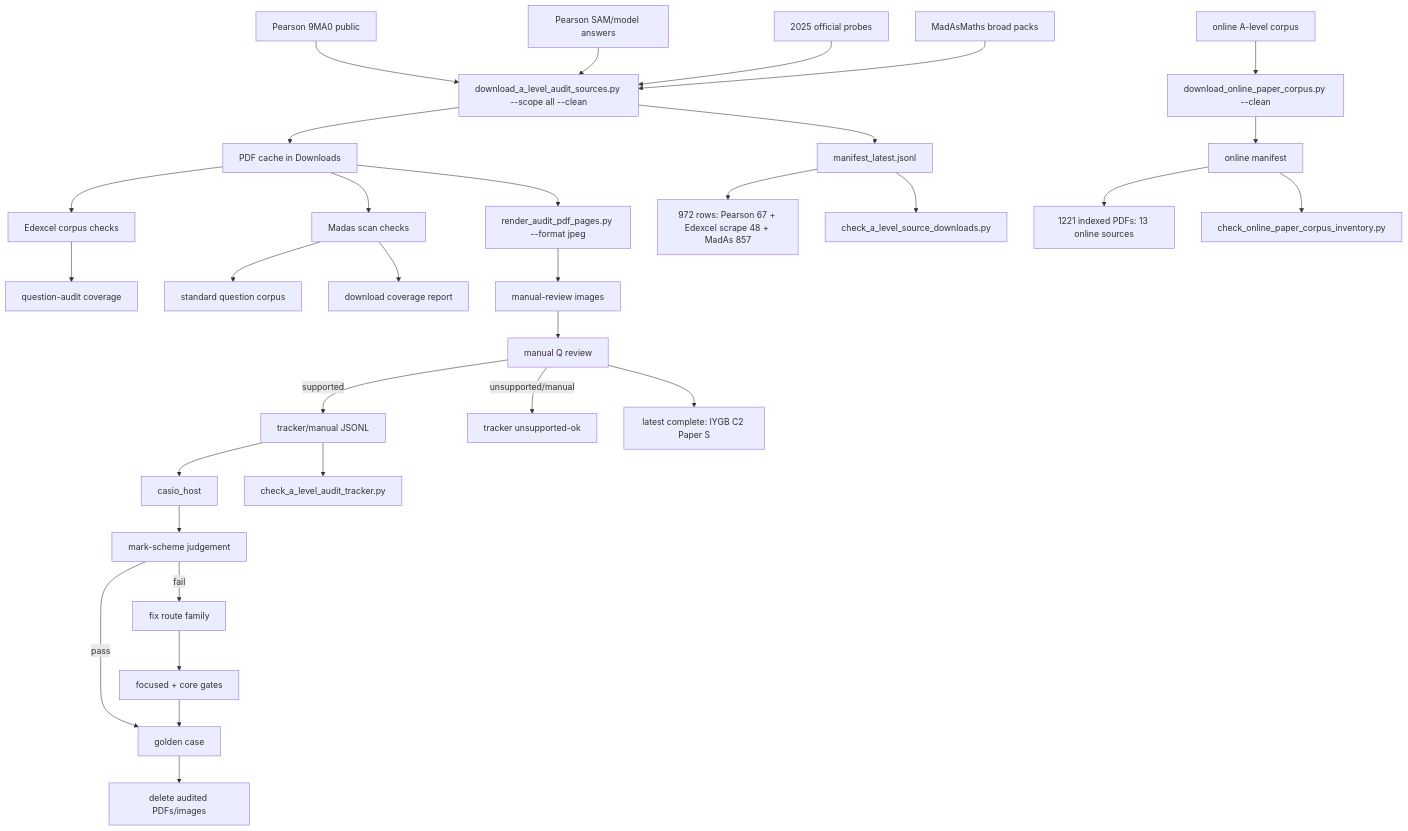
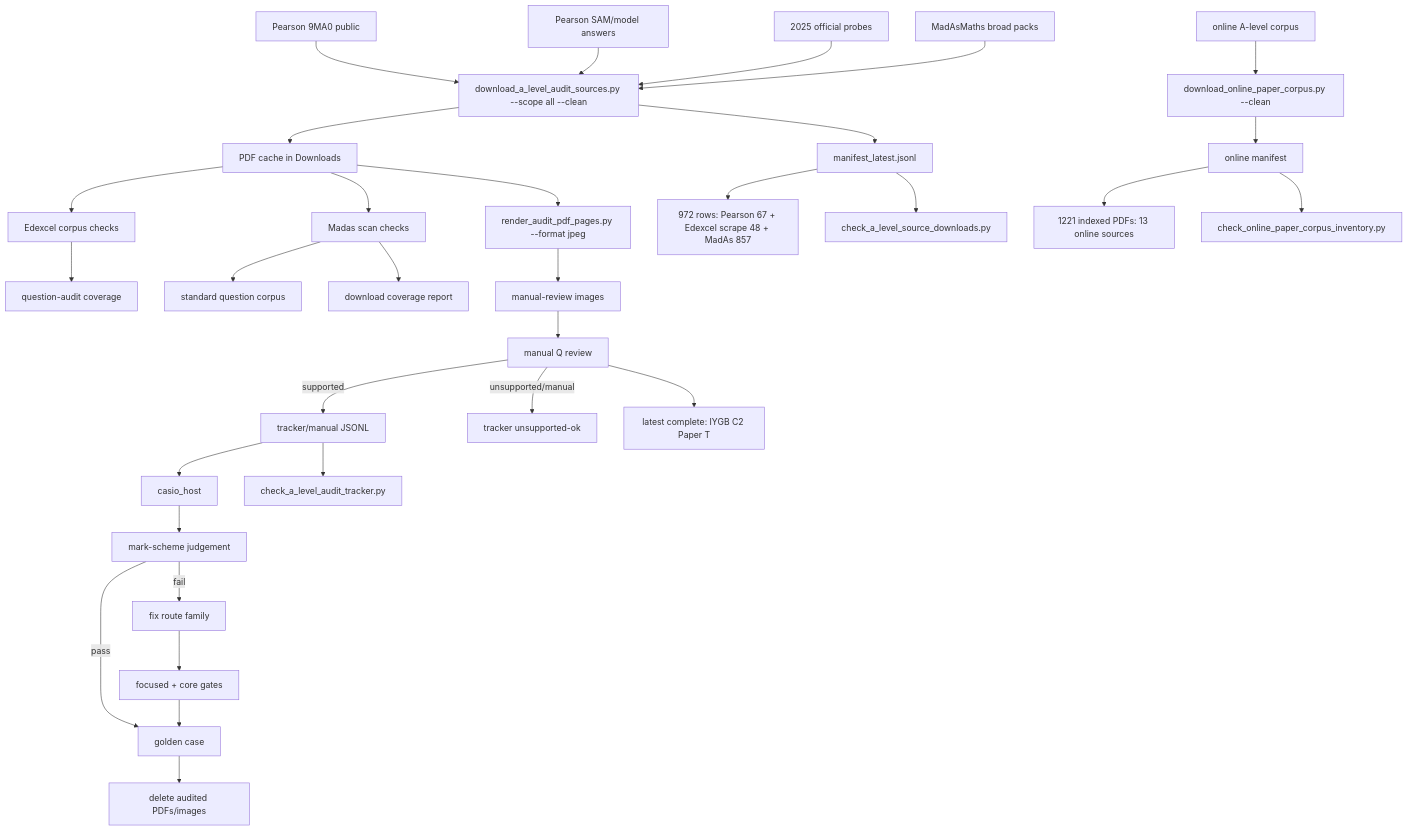
The diagram in c++/tools/golden/a_level_audit_graph.md (james8464/notes-addin-casio-fx-cg50), drawn with Mermaid before and after one commit. The commit also changed other lines of this file and 2 other files, not shown here.

Commit message:
Audit IYGB C2 Paper T

````diff
--- a/c++/tools/golden/a_level_audit_graph.md
+++ b/c++/tools/golden/a_level_audit_graph.md
@@ -3,34 +3,34 @@
 ```mermaid
 graph TD
   E1["Pearson 9MA0 public"] --> D["download_a_level_audit_sources.py --scope all --clean"]
   E2["Pearson SAM/model answers"] --> D
   E3["2025 official probes"] --> D
   M1["MadAsMaths broad packs"] --> D
   O1["online A-level corpus"] --> OD["download_online_paper_corpus.py --clean"]
   D --> P["PDF cache in Downloads"]
   D --> X["manifest_latest.jsonl"]
   OD --> OX["online manifest"]
   X --> XC["972 rows: Pearson 67 + Edexcel scrape 48 + MadAs 857"]
   OX --> OC["1221 indexed PDFs: 13 online sources"]
   X --> V["check_a_level_source_downloads.py"]
   OX --> OV["check_online_paper_corpus_inventory.py"]
   P --> E["Edexcel corpus checks"]
   E --> EQ["question-audit coverage"]
   P --> S["Madas scan checks"]
   S --> M["standard question corpus"]
   S --> MC["download coverage report"]
   P --> R["render_audit_pdf_pages.py --format jpeg"]
   R --> I["manual-review images"]
   I --> Q["manual Q review"]
   Q -->|supported| J["tracker/manual JSONL"]
   Q -->|unsupported/manual| U["tracker unsupported-ok"]
   J --> H["casio_host"]
   J --> K["check_a_level_audit_tracker.py"]
   H --> C["mark-scheme judgement"]
   C -->|pass| G["golden case"]
   C -->|fail| F["fix route family"]
   F --> T["focused + core gates"]
   T --> G
   G --> Z["delete audited PDFs/images"]
-  Q --> Qt["latest complete: IYGB C2 Paper S"]
+  Q --> Qt["latest complete: IYGB C2 Paper T"]
 ```
````
